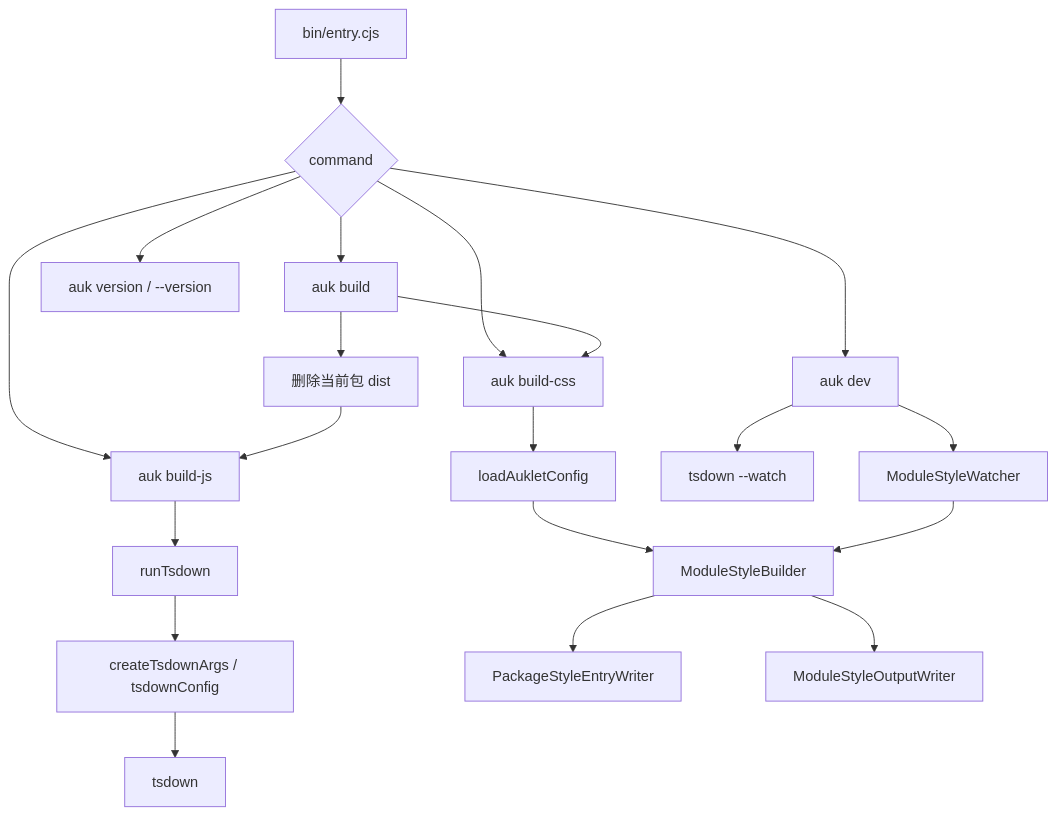
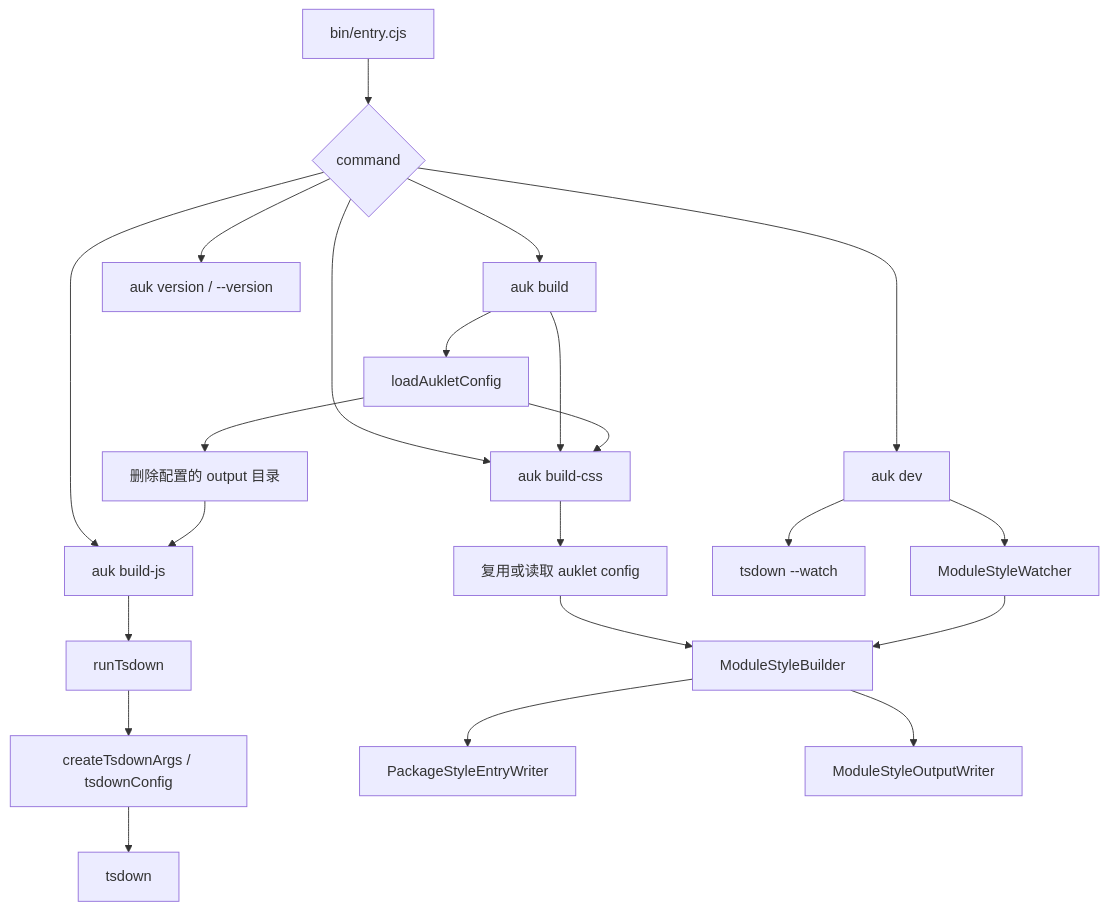
The first of 4 diagrams in CONTRIBUTING.md (imtaotao/auklet), drawn with Mermaid before and after one commit. The commit also changed 6 other files, not shown here.

````diff
--- a/CONTRIBUTING.md
+++ b/CONTRIBUTING.md
@@ -172,25 +172,27 @@
 ```mermaid
 flowchart TD
   CLI["bin/entry.cjs"] --> Command{"command"}
   Command --> Build["auk build"]
   Command --> BuildJs["auk build-js"]
   Command --> BuildStyle["auk build-css"]
   Command --> Dev["auk dev"]
   Command --> Version["auk version / --version"]
 
-  Build --> CleanDist["删除当前包 dist"]
-  CleanDist --> BuildJs
+  Build --> LoadBuildConfig["loadAukletConfig"]
+  LoadBuildConfig --> CleanOutput["删除配置的 output 目录"]
+  CleanOutput --> BuildJs
   BuildJs --> RunTsdown["runTsdown"]
   RunTsdown --> TsdownConfig["createTsdownArgs / tsdownConfig"]
   TsdownConfig --> Tsdown["tsdown"]
 
   Build --> BuildStyle
-  BuildStyle --> LoadConfig["loadAukletConfig"]
-  LoadConfig --> StyleBuilder["ModuleStyleBuilder"]
+  LoadBuildConfig --> BuildStyle
+  BuildStyle --> ResolveStyleConfig["复用或读取 auklet config"]
+  ResolveStyleConfig --> StyleBuilder["ModuleStyleBuilder"]
   StyleBuilder --> PackageWriter["PackageStyleEntryWriter"]
   StyleBuilder --> FormatWriter["ModuleStyleOutputWriter"]
 
   Dev --> JsWatch["tsdown --watch"]
   Dev --> StyleWatch["ModuleStyleWatcher"]
   StyleWatch --> StyleBuilder
 ```
````
